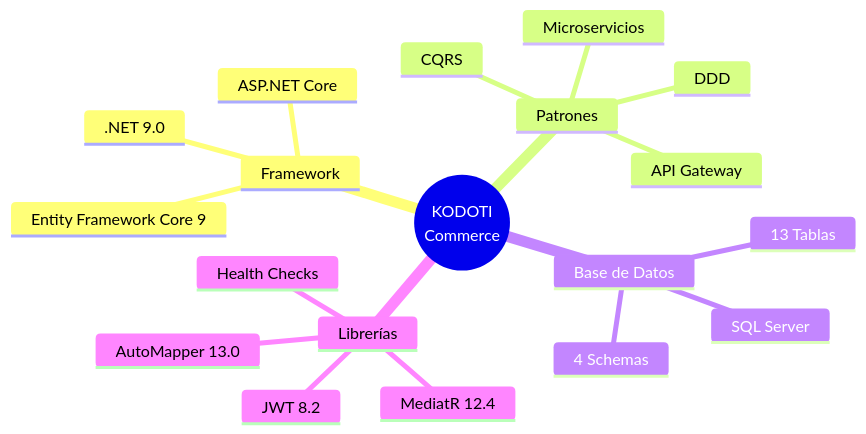
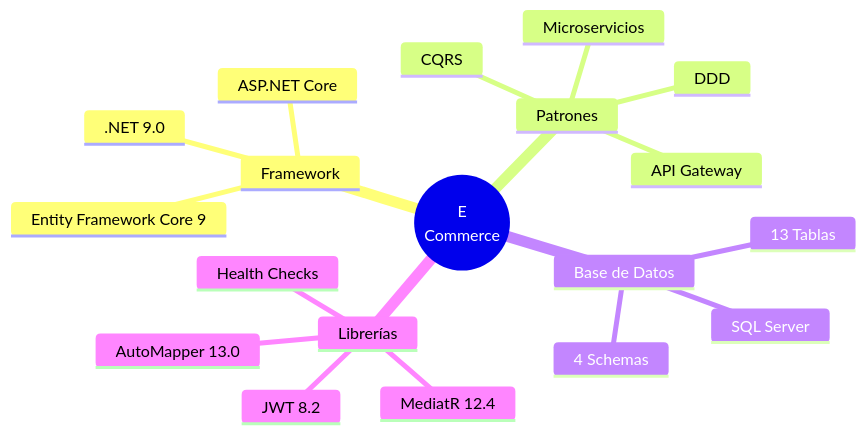
One commit to MiltonMolloja/ECommerceMicroserviceArchitecture changed the fourth of 5 diagrams in DOCS_README.md. Above: the diagram before and after it, drawn with Mermaid. The commit also changed other lines of this file and 32 other files, not shown here.

````diff
--- a/DOCS_README.md
+++ b/DOCS_README.md
@@ -220,22 +220,22 @@
 ```mermaid
 mindmap
-  root((KODOTI<br/>Commerce))
+  root((E<br/>Commerce))
     Framework
       .NET 9.0
       ASP.NET Core
       Entity Framework Core 9
     Patrones
       Microservicios
       CQRS
       DDD
       API Gateway
     Base de Datos
       SQL Server
       4 Schemas
       13 Tablas
     Librerías
       MediatR 12.4
       AutoMapper 13.0
       JWT 8.2
       Health Checks
 ```
````
